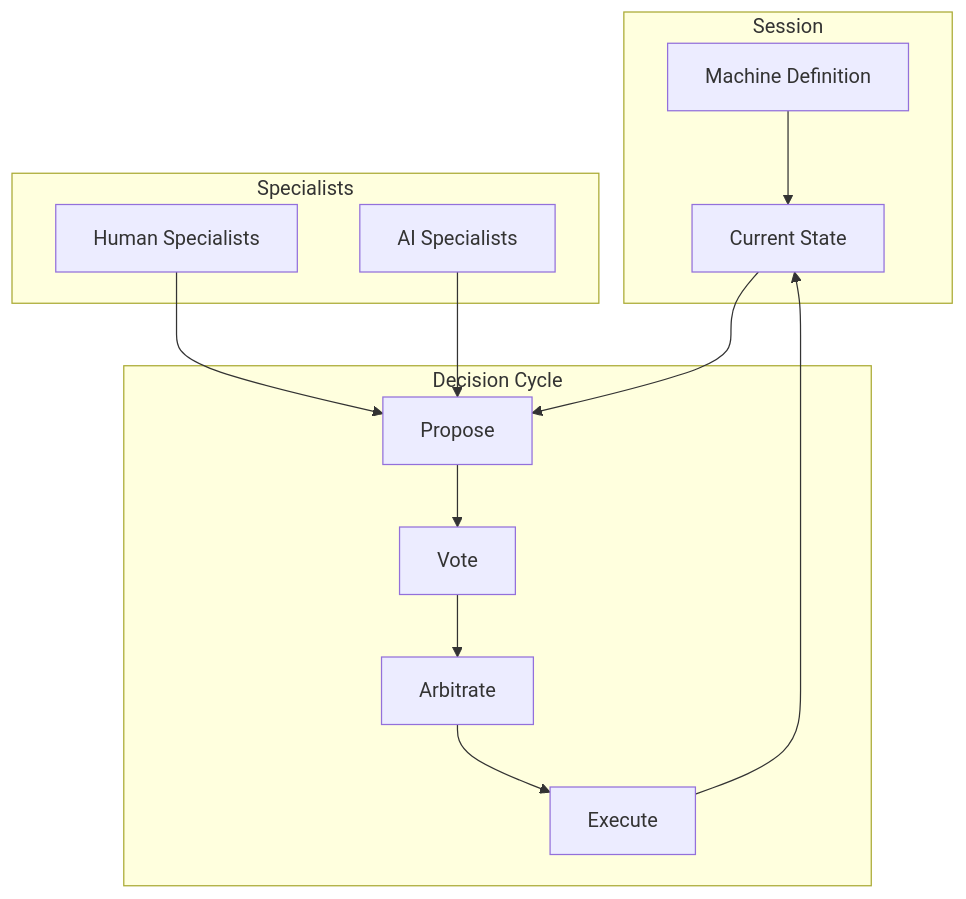
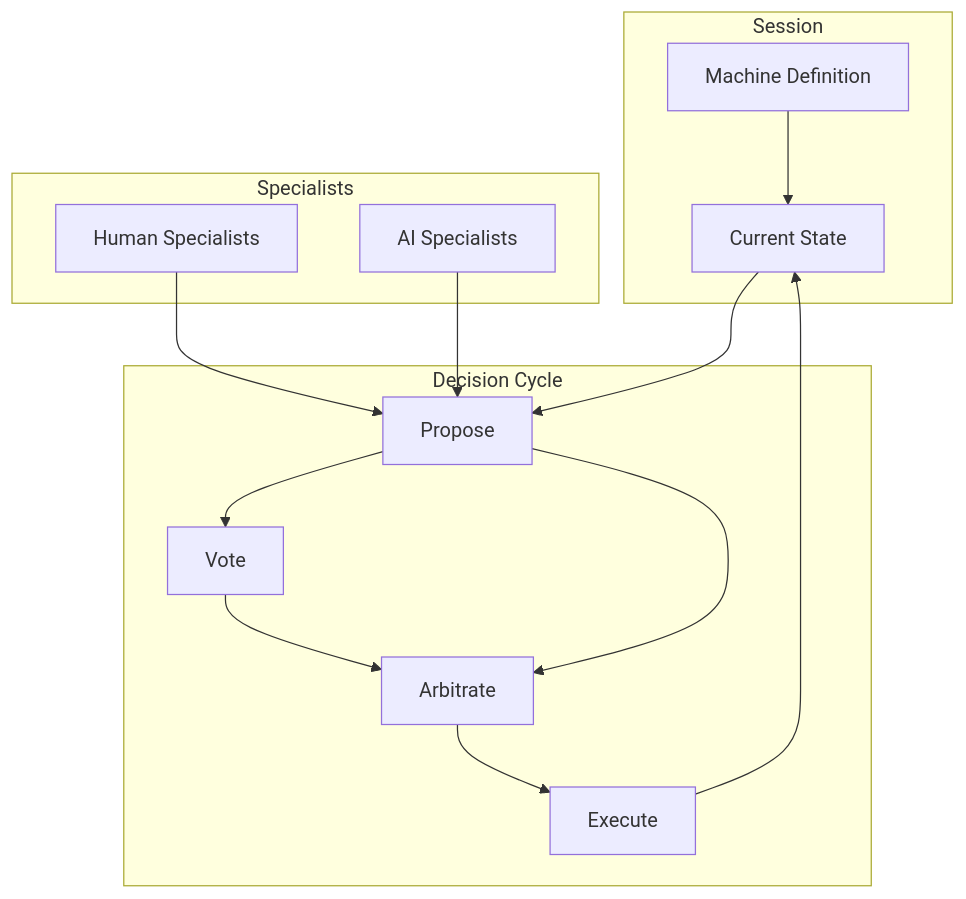
One commit to eloquentanalytics/dialai changed the diagram in website/docs/concepts/intro.md. Above: the diagram before and after it, drawn with Mermaid. The commit also changed other lines of this file and 10 other files, not shown here.

````diff
--- a/website/docs/concepts/intro.md
+++ b/website/docs/concepts/intro.md
@@ -13,28 +23,29 @@
 ```mermaid
 graph TB
     subgraph "Session"
         SM[Machine Definition]
         CS[Current State]
     end
 
     subgraph "Specialists"
         H[Human Specialists]
         AI[AI Specialists]
     end
 
     subgraph "Decision Cycle"
         P[Propose]
         V[Vote]
         A[Arbitrate]
         E[Execute]
     end
 
     SM --> CS
     CS --> P
     H --> P
     AI --> P
     P --> V
+    P --> A
     V --> A
     A --> E
     E --> CS
 ```
````
